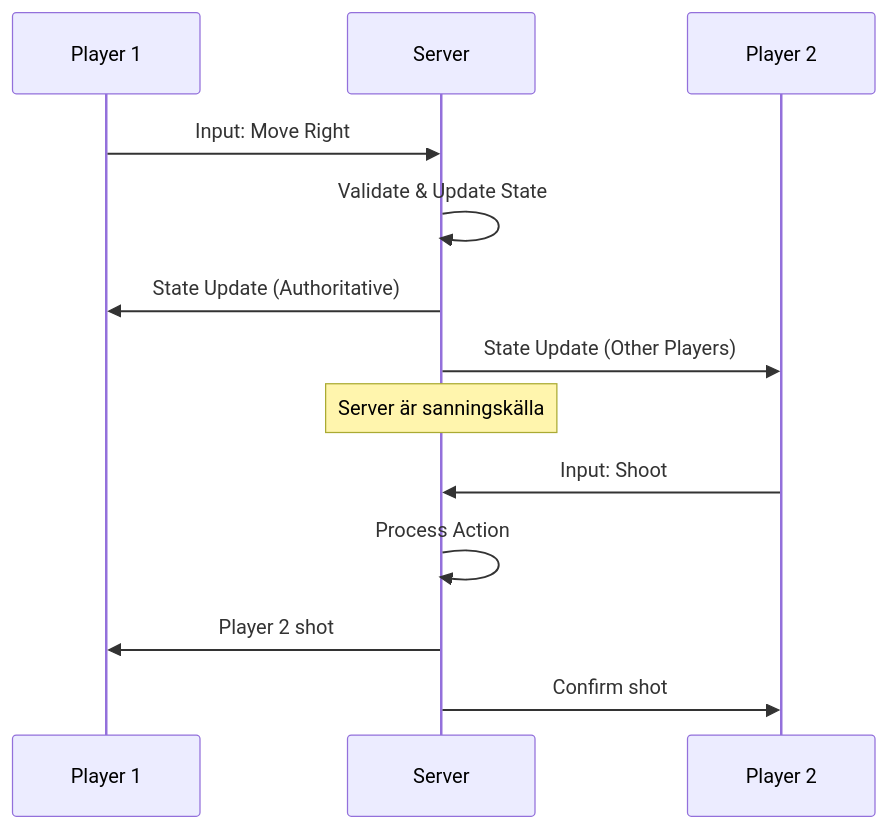
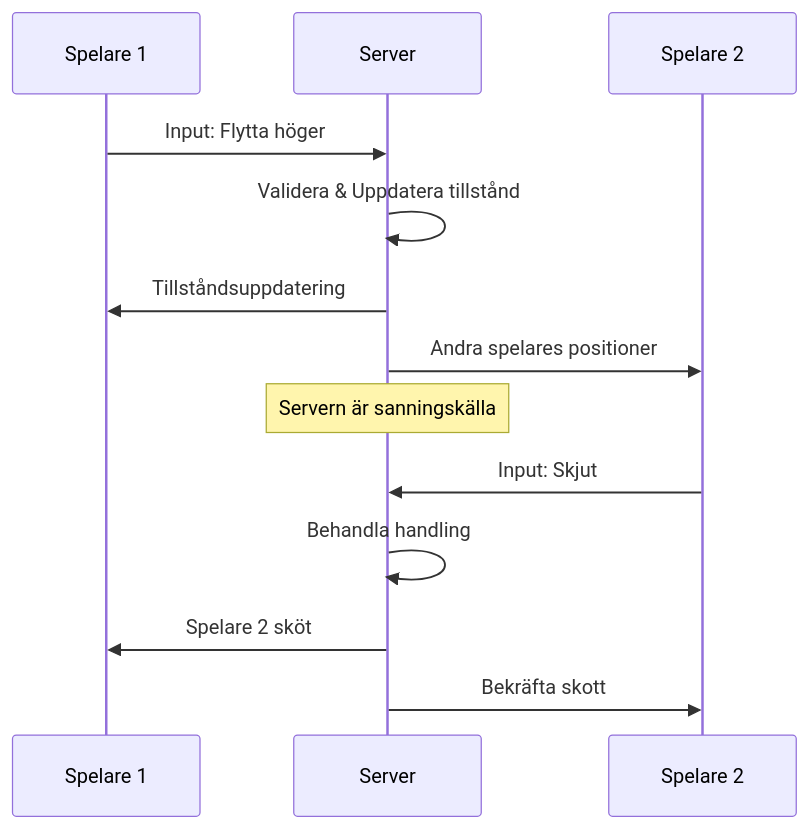
One commit to Glimakra-Webbutvecklare/kursbok changed the second of 2 diagrams in src/kapitel_10/multiplayer.md. Above: the diagram before and after it, drawn with Mermaid. The commit also changed other lines of this file and 9 other files, not shown here.

````diff
--- a/src/kapitel_10/multiplayer.md
+++ b/src/kapitel_10/multiplayer.md
@@ -97,18 +98,18 @@
 ```mermaid
 sequenceDiagram
-    participant P1 as Player 1
+    participant P1 as Spelare 1
     participant S as Server
-    participant P2 as Player 2
+    participant P2 as Spelare 2
     
-    P1->>S: Input: Move Right
-    S->>S: Validate & Update State
-    S->>P1: State Update (Authoritative)
-    S->>P2: State Update (Other Players)
+    P1->>S: Input: Flytta höger
+    S->>S: Validera & Uppdatera tillstånd
+    S->>P1: Tillståndsuppdatering
+    S->>P2: Andra spelares positioner
     
-    Note over S: Server är sanningskälla
+    Note over S: Servern är sanningskälla
     
-    P2->>S: Input: Shoot
-    S->>S: Process Action
-    S->>P1: Player 2 shot
-    S->>P2: Confirm shot
+    P2->>S: Input: Skjut
+    S->>S: Behandla handling
+    S->>P1: Spelare 2 sköt
+    S->>P2: Bekräfta skott
 ```
````
